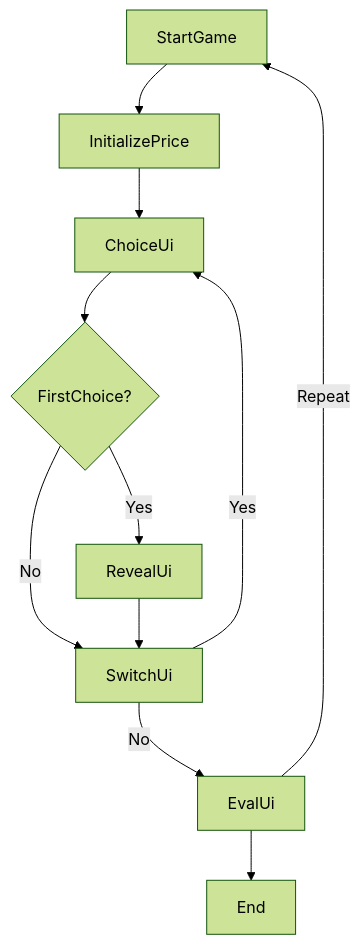
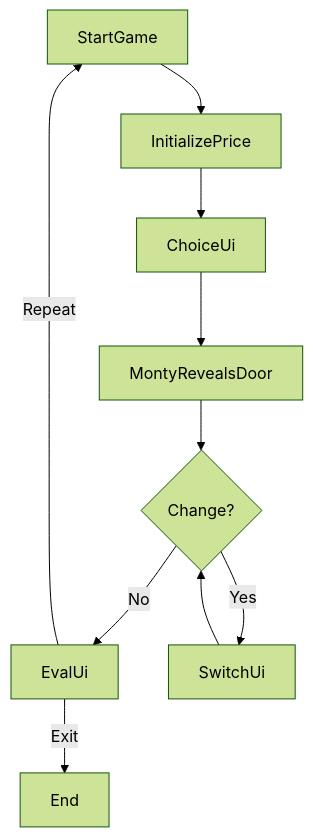
Before and after one commit to LasmusDev/PicoExperiments: the diagram in Assets/Scripts/MontyHallLogicFlowchart.md, drawn with Mermaid (forest theme). The commit also changed 986 other files, not shown here.

````diff
--- a/Assets/Scripts/MontyHallLogicFlowchart.md
+++ b/Assets/Scripts/MontyHallLogicFlowchart.md
@@ -2,13 +2,12 @@
 ```mermaid
 flowchart TD;
     StartGame --> InitializePrice
     InitializePrice --> ChoiceUi
-    ChoiceUi --> FirstChoice{FirstChoice?}
-    FirstChoice -->|Yes| RevealUi
-    FirstChoice -->|No| SwitchUi
-    RevealUi --> SwitchUi
-    SwitchUi -->|Yes| ChoiceUi
-    SwitchUi -->|No| EvalUi
+    ChoiceUi --> MontyRevealsDoor
+    MontyRevealsDoor --> ChangeDecision{Change?}
+    ChangeDecision -->|No| EvalUi
+    ChangeDecision -->|Yes| SwitchUi
+    SwitchUi --> ChangeDecision
     EvalUi -->|Repeat| StartGame
-    EvalUi --> End
+    EvalUi -->|Exit| End
 ```
````
